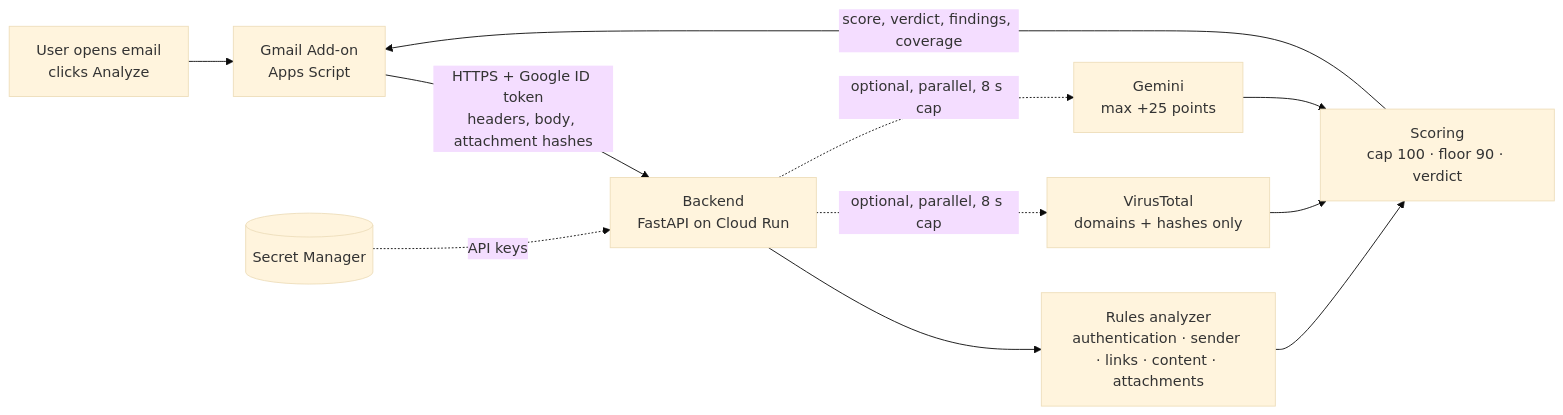
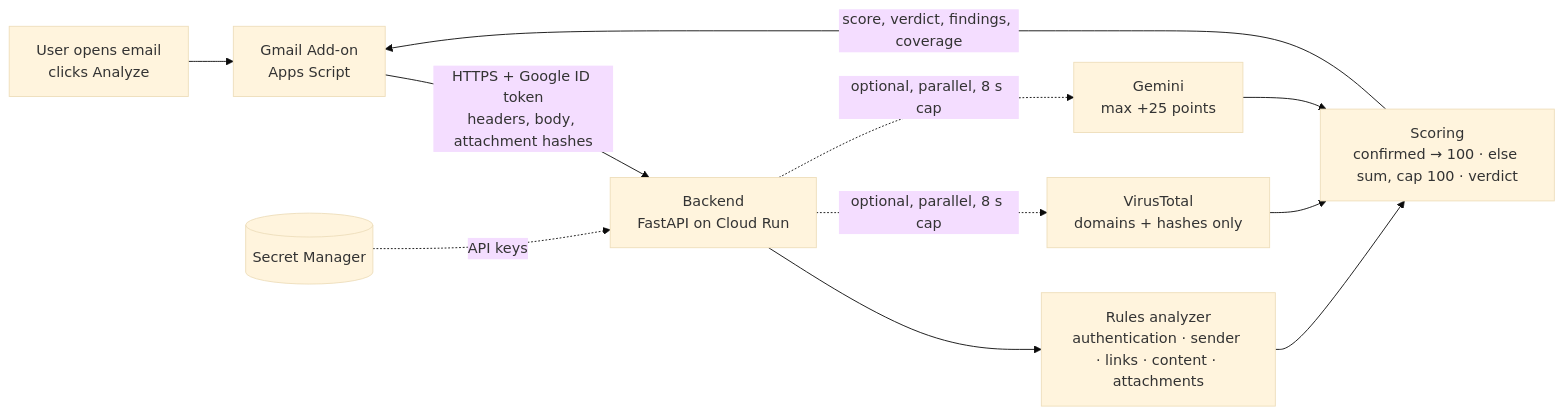
Before and after one commit to stavalg/gmail-email-scorer: the diagram in README.md, drawn with Mermaid (base theme). The commit also changed other lines of this file and 11 other files, not shown here.

First line of the commit message:
feat(scoring): confirmed tier for authoritative sources replaces +50 and floor 90

````diff
--- a/README.md
+++ b/README.md
@@ -67,13 +67,13 @@
 ```mermaid
 flowchart LR
   U[User opens email<br/>clicks Analyze] --> A[Gmail Add-on<br/>Apps Script]
   A -- "HTTPS + Google ID token<br/>headers, body, attachment hashes" --> B[Backend<br/>FastAPI on Cloud Run]
   B --> R[Rules analyzer<br/>authentication · sender · links · content · attachments]
   B -. optional, parallel, 8 s cap .-> VT[VirusTotal<br/>domains + hashes only]
   B -. optional, parallel, 8 s cap .-> AI[Gemini<br/>max +25 points]
-  R --> S[Scoring<br/>cap 100 · floor 90 · verdict]
+  R --> S[Scoring<br/>confirmed → 100 · else sum, cap 100 · verdict]
   VT --> S
   AI --> S
   S -- "score, verdict, findings, coverage" --> A
   SM[(Secret Manager)] -. API keys .-> B
 ```
````
